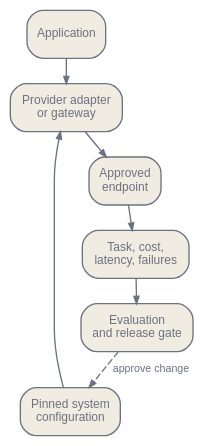
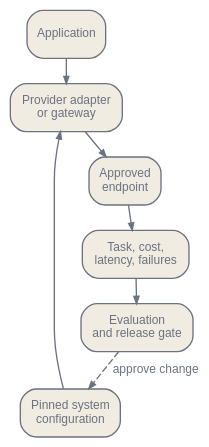
One commit to latere-ai/ai-as-an-infrastructure changed the diagram in en/practice/01-choosing-a-model.qmd. Above: the diagram before and after it, drawn with Graphviz. The commit also changed other lines of this file and 2 other files, not shown here.

````diff
--- a/en/practice/01-choosing-a-model.qmd
+++ b/en/practice/01-choosing-a-model.qmd
@@ -433,25 +409,25 @@
 ```{dot}
 //| label: fig-model-wiring
 //| fig-cap: "Deployment wiring. Versioned configuration drives an adapter or gateway; telemetry feeds the evaluation gate, and only an approved configuration is promoted."
 digraph {
   bgcolor="transparent";
   rankdir=TB;
   nodesep=0.18; ranksep=0.25;
   node [shape=box, style="rounded,filled", fontname="Helvetica", fontsize=9, color="#6b7280", fontcolor="#6b7280", fillcolor="#f1ece1", margin="0.06,0.04"];
-  edge [fontsize=8, fontname="Helvetica", color="#6b7280", fontcolor="#6b7280", arrowsize=0.55];
+  edge [fontsize=9, fontname="Helvetica", color="#6b7280", fontcolor="#6b7280", arrowsize=0.55];
 
   app [label="Application"];
   config [label="Pinned system\nconfiguration"];
   adapter [label="Provider adapter\nor gateway"];
   endpoint [label="Approved\nendpoint"];
   telemetry [label="Task, cost,\nlatency, failures"];
   eval [label="Evaluation\nand release gate"];
 
   app -> adapter;
   config -> adapter;
   adapter -> endpoint;
   endpoint -> telemetry;
   telemetry -> eval;
   eval -> config [style=dashed, label="approve change"];
 }
 ```
````
